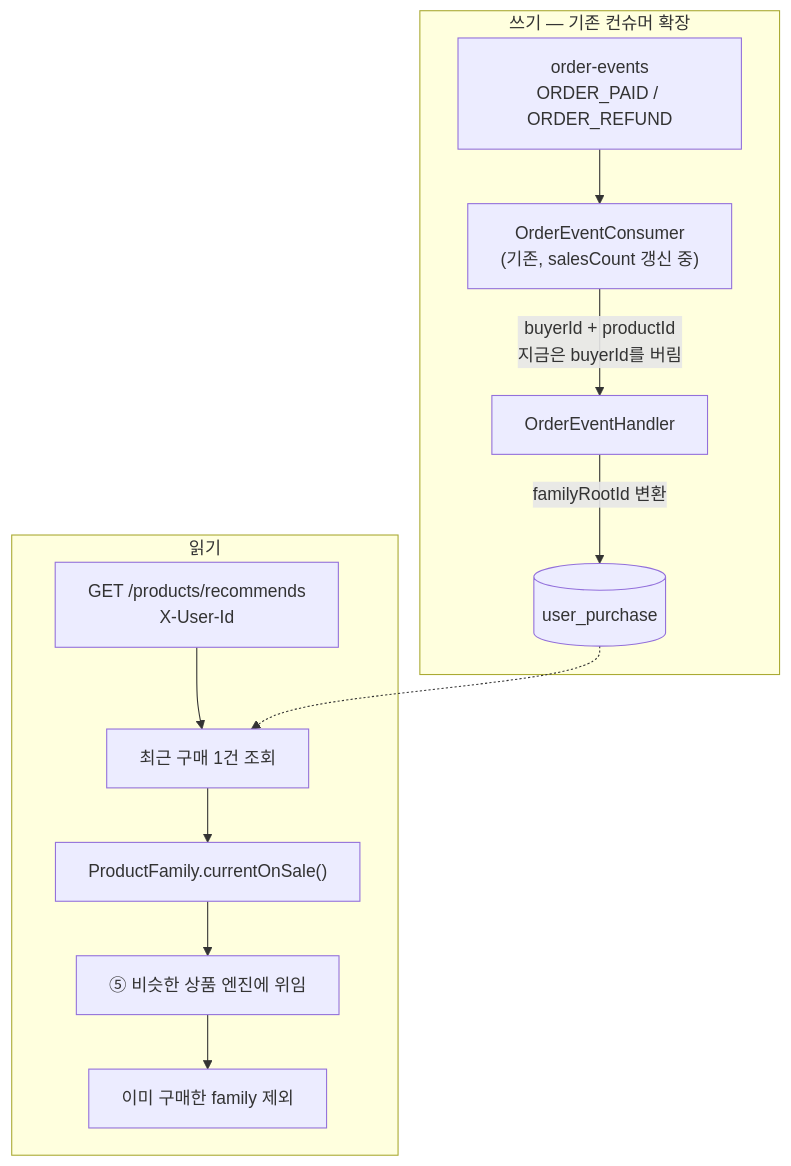
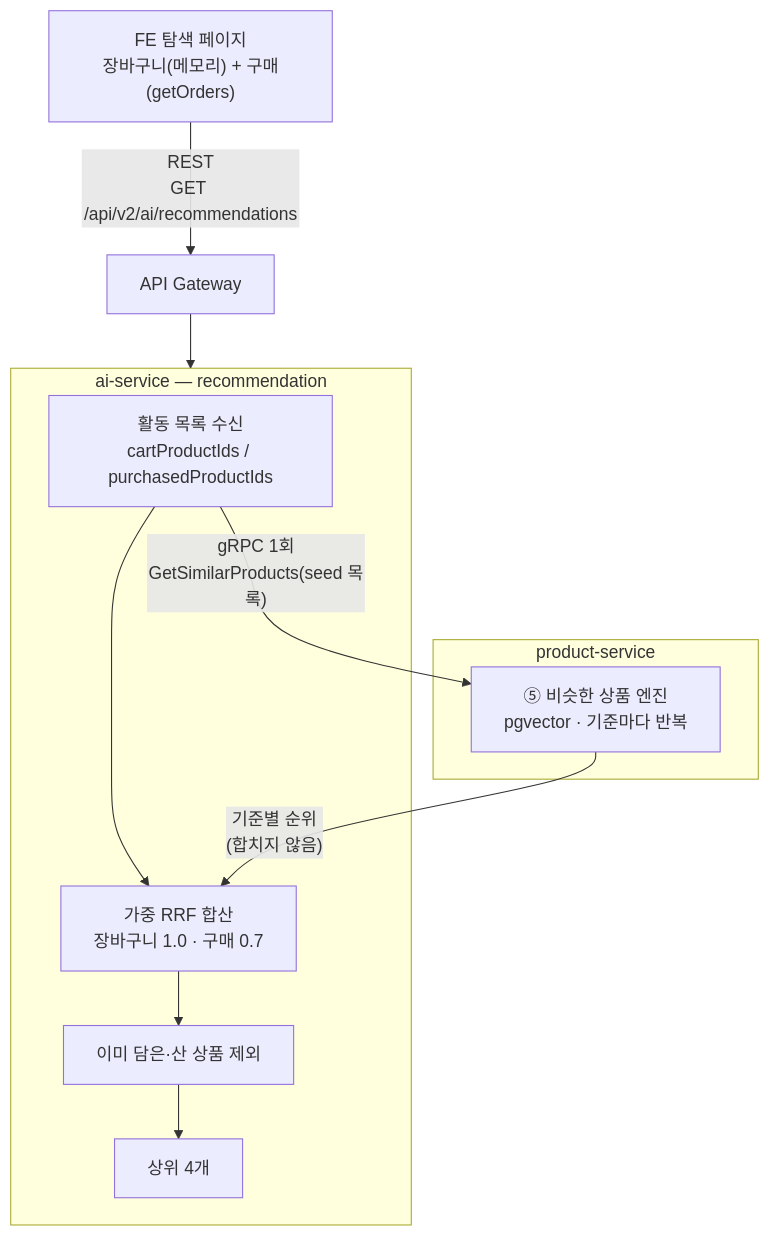
One commit to prgrms-be-adv-devcourse/beadv6_6_3JMT_BE changed the seventh of 7 diagrams in docs/architecture/search-vector-flows.md. Above: the diagram before and after it, drawn with Mermaid. The commit also changed other lines of this file and 22 other files, not shown here.

````diff
--- a/docs/architecture/search-vector-flows.md
+++ b/docs/architecture/search-vector-flows.md
@@ -315,17 +328,21 @@
 ```mermaid
 flowchart TD
-    subgraph W["쓰기 — 기존 컨슈머 확장"]
-        K["order-events<br/>ORDER_PAID / ORDER_REFUND"] --> OC["OrderEventConsumer<br/>(기존, salesCount 갱신 중)"]
-        OC -->|"buyerId + productId<br/>지금은 buyerId를 버림"| OH["OrderEventHandler"]
-        OH -->|"familyRootId 변환"| UP[("user_purchase")]
+    FE["FE 탐색 페이지<br/>장바구니(메모리) + 구매(getOrders)"]
+    FE -->|"REST<br/>GET /api/v2/ai/recommendations"| GW["API Gateway"]
+    GW --> AI
+
+    subgraph AI["ai-service — recommendation"]
+        REQ["활동 목록 수신<br/>cartProductIds / purchasedProductIds"]
+        FUSE["가중 RRF 합산<br/>장바구니 1.0 · 구매 0.7"]
+        EXC["이미 담은·산 상품 제외"]
+        TOP["상위 4개"]
+        REQ --> FUSE --> EXC --> TOP
     end
 
-    subgraph R["읽기"]
-        REQ["GET /products/recommends<br/>X-User-Id"] --> LAST["최근 구매 1건 조회"]
-        LAST --> CUR["ProductFamily.currentOnSale()"]
-        CUR --> DELE["⑤ 비슷한 상품 엔진에 위임"]
-        DELE --> EXC["이미 구매한 family 제외"]
+    subgraph PRD["product-service"]
+        SIM["⑤ 비슷한 상품 엔진<br/>pgvector · 기준마다 반복"]
     end
 
-    UP -.-> LAST
+    REQ -->|"gRPC 1회<br/>GetSimilarProducts(seed 목록)"| SIM
+    SIM -->|"기준별 순위<br/>(합치지 않음)"| FUSE
 ```
````
